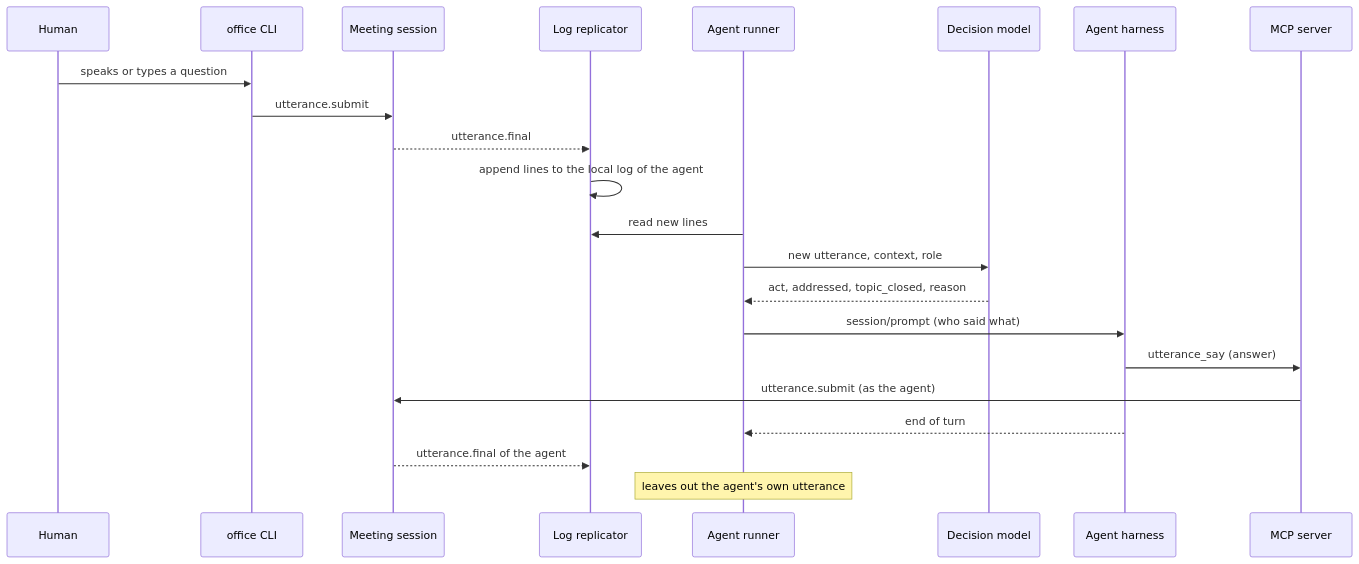
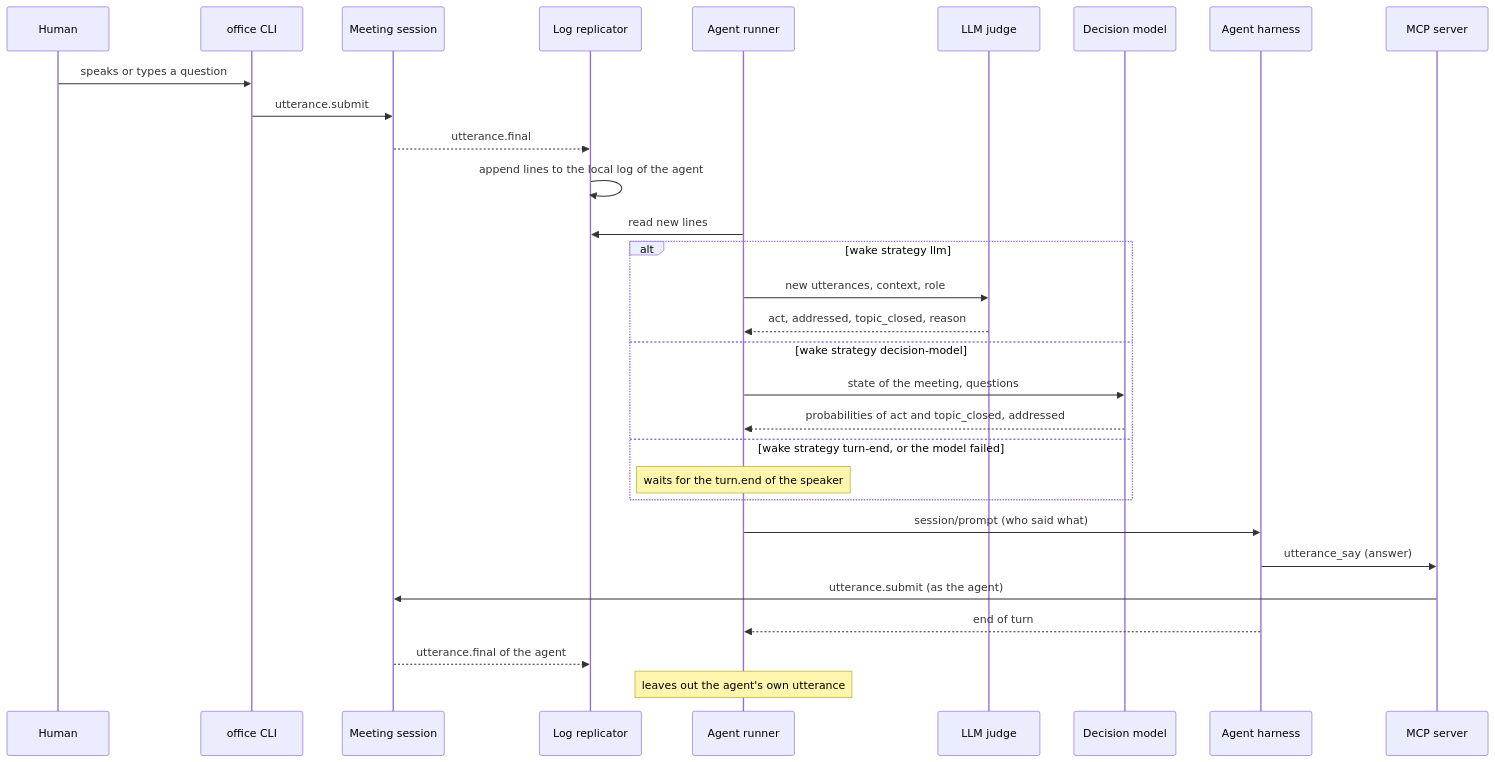
The ninth of 9 diagrams in docs/architecture/06-runtime-view.arc42.md (mrsimpson/agentic-office), drawn with Mermaid before and after one commit. The commit also changed other lines of this file and 31 other files, not shown here.

First line of the commit message:
Agent runner: wake strategies turn-end, llm and decision-model (#100)

````diff
--- a/docs/architecture/06-runtime-view.arc42.md
+++ b/docs/architecture/06-runtime-view.arc42.md
@@ -459,24 +462,32 @@
 ```mermaid
 sequenceDiagram
     participant actor_human as Human
     participant bb_cli as office CLI
     participant bb_session as Meeting session
     participant bb_replicator as Log replicator
     participant bb_agent_runner as Agent runner
+    participant actor_llm_judge as LLM judge
     participant actor_decision_model as Decision model
     participant actor_agent as Agent harness
     participant bb_mcp as MCP server
     actor_human->>bb_cli: speaks or types a question
     bb_cli->>bb_session: utterance.submit
     bb_session-->>bb_replicator: utterance.final
     bb_replicator->>bb_replicator: append lines to the local log of the agent
     bb_agent_runner->>bb_replicator: read new lines
-    bb_agent_runner->>actor_decision_model: new utterance, context, role
-    actor_decision_model-->>bb_agent_runner: act, addressed, topic_closed, reason
+    alt wake strategy llm
+        bb_agent_runner->>actor_llm_judge: new utterances, context, role
+        actor_llm_judge-->>bb_agent_runner: act, addressed, topic_closed, reason
+    else wake strategy decision-model
+        bb_agent_runner->>actor_decision_model: state of the meeting, questions
+        actor_decision_model-->>bb_agent_runner: probabilities of act and topic_closed, addressed
+    else wake strategy turn-end, or the model failed
+        Note over bb_agent_runner: waits for the turn.end of the speaker
+    end
     bb_agent_runner->>actor_agent: session/prompt (who said what)
     actor_agent->>bb_mcp: utterance_say (answer)
     bb_mcp->>bb_session: utterance.submit (as the agent)
     actor_agent-->>bb_agent_runner: end of turn
     bb_session-->>bb_replicator: utterance.final of the agent
     Note over bb_agent_runner: leaves out the agent's own utterance
 ```
````
